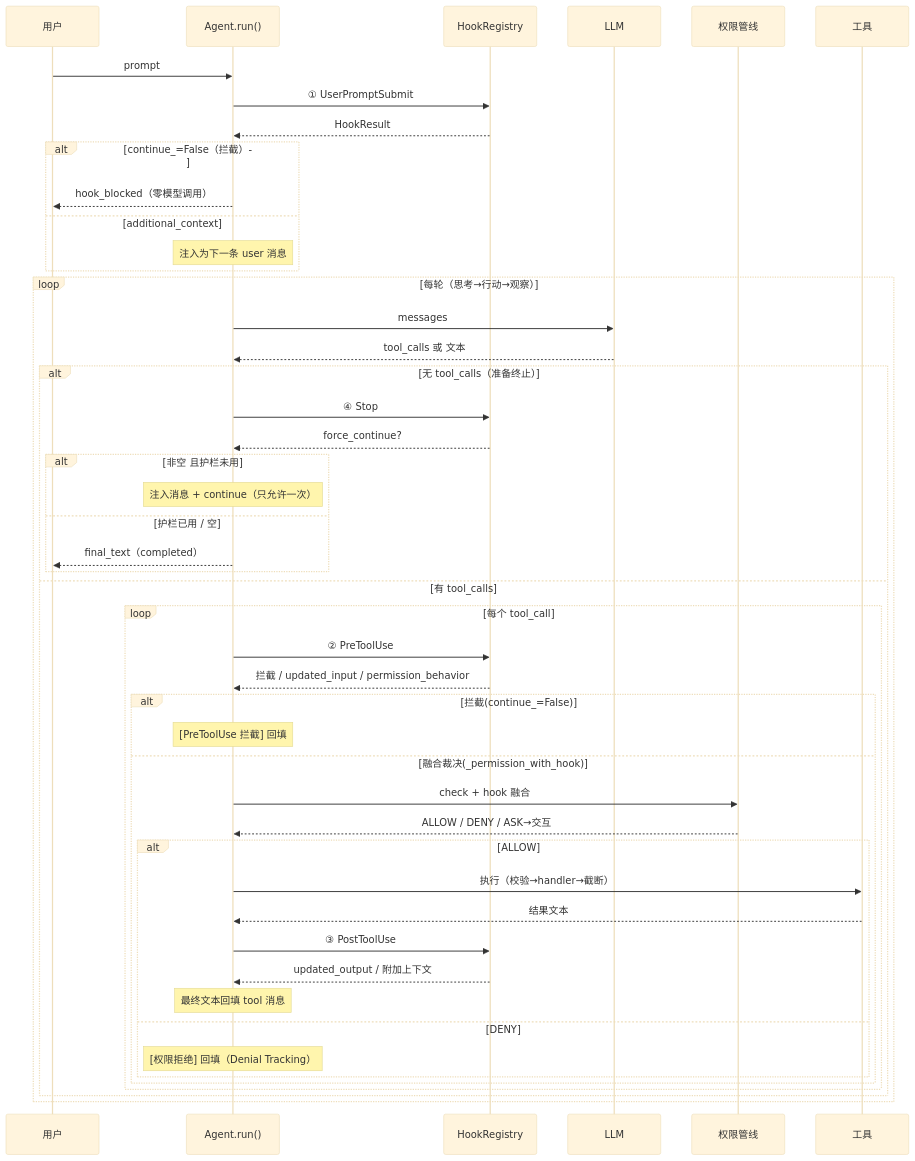
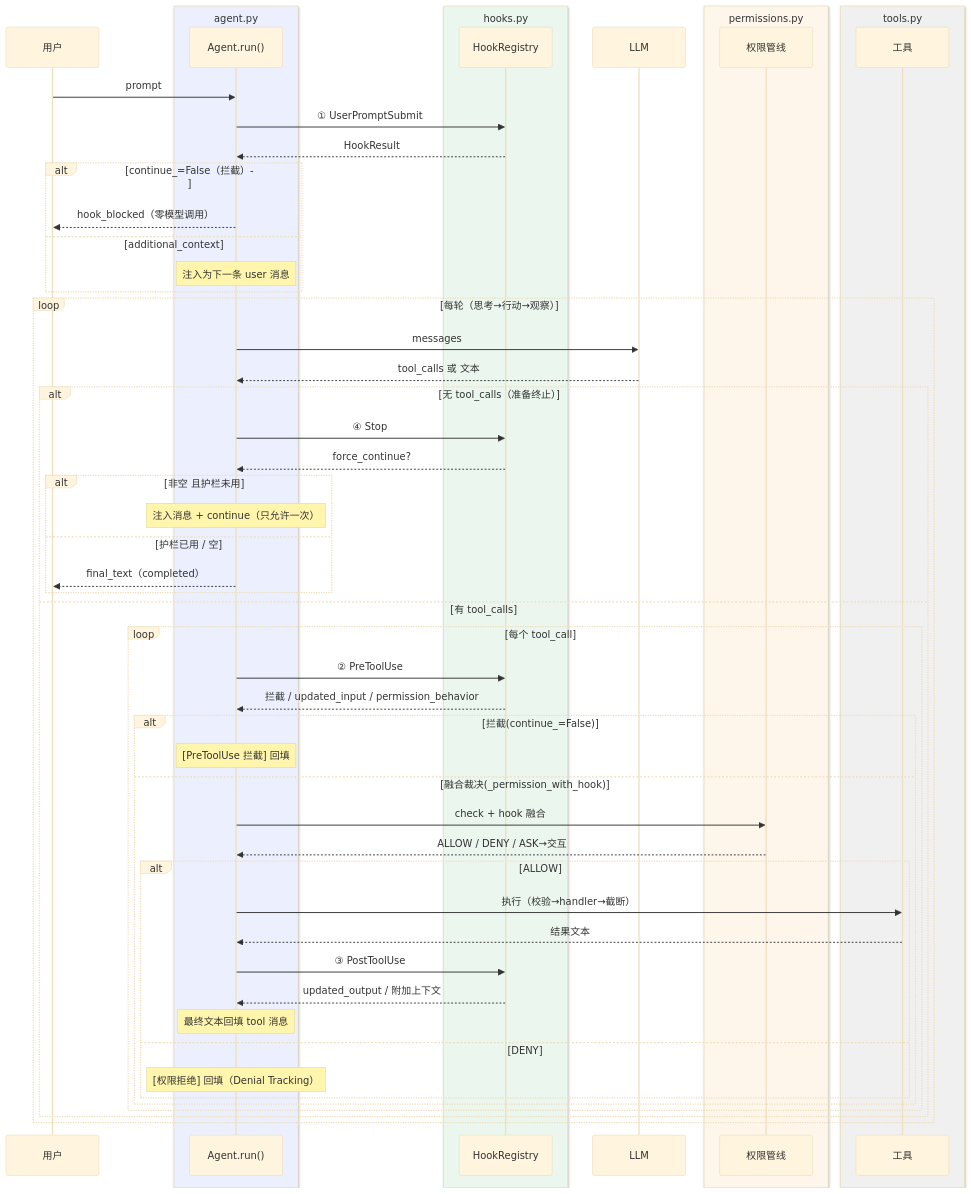
The second of 2 diagrams in docs/iterations/04-hooks.md (meetzouxu/agent-mini-harness), drawn with Mermaid (base theme) before and after one commit. The commit also changed other lines of this file and 3 other files, not shown here.

First line of the commit message:
docs: add module ownership grouping to diagrams

````diff
--- a/docs/iterations/04-hooks.md
+++ b/docs/iterations/04-hooks.md
@@ -94,51 +100,59 @@
 ```mermaid
 sequenceDiagram
     participant U as 用户
-    participant A as Agent.run()
-    participant R as HookRegistry
+    box rgb(235,239,254) agent.py
+        participant A as Agent.run()
+    end
+    box rgb(234,246,238) hooks.py
+        participant R as HookRegistry
+    end
     participant L as LLM
-    participant P as 权限管线
-    participant T as 工具
+    box rgb(254,246,234) permissions.py
+        participant P as 权限管线
+    end
+    box rgb(240,240,240) tools.py
+        participant T as 工具
+    end
 
     U->>A: prompt
     A->>R: ① UserPromptSubmit
     R-->>A: HookResult
     alt continue_=False（拦截）
         A-->>U: hook_blocked（零模型调用）
     else additional_context
         Note over A: 注入为下一条 user 消息
     end
     loop 每轮（思考→行动→观察）
         A->>L: messages
         L-->>A: tool_calls 或 文本
         alt 无 tool_calls（准备终止）
             A->>R: ④ Stop
             R-->>A: force_continue?
             alt 非空 且护栏未用
                 Note over A: 注入消息 + continue（只允许一次）
             else 护栏已用 / 空
                 A-->>U: final_text（completed）
             end
         else 有 tool_calls
             loop 每个 tool_call
                 A->>R: ② PreToolUse
                 R-->>A: 拦截 / updated_input / permission_behavior
                 alt 拦截(continue_=False)
                     Note over A: [PreToolUse 拦截] 回填
                 else 融合裁决(_permission_with_hook)
                     A->>P: check + hook 融合
                     P-->>A: ALLOW / DENY / ASK→交互
                     alt ALLOW
                         A->>T: 执行（校验→handler→截断）
                         T-->>A: 结果文本
                         A->>R: ③ PostToolUse
                         R-->>A: updated_output / 附加上下文
                         Note over A: 最终文本回填 tool 消息
                     else DENY
                         Note over A: [权限拒绝] 回填（Denial Tracking）
                     end
                 end
             end
         end
     end
 ```
````
